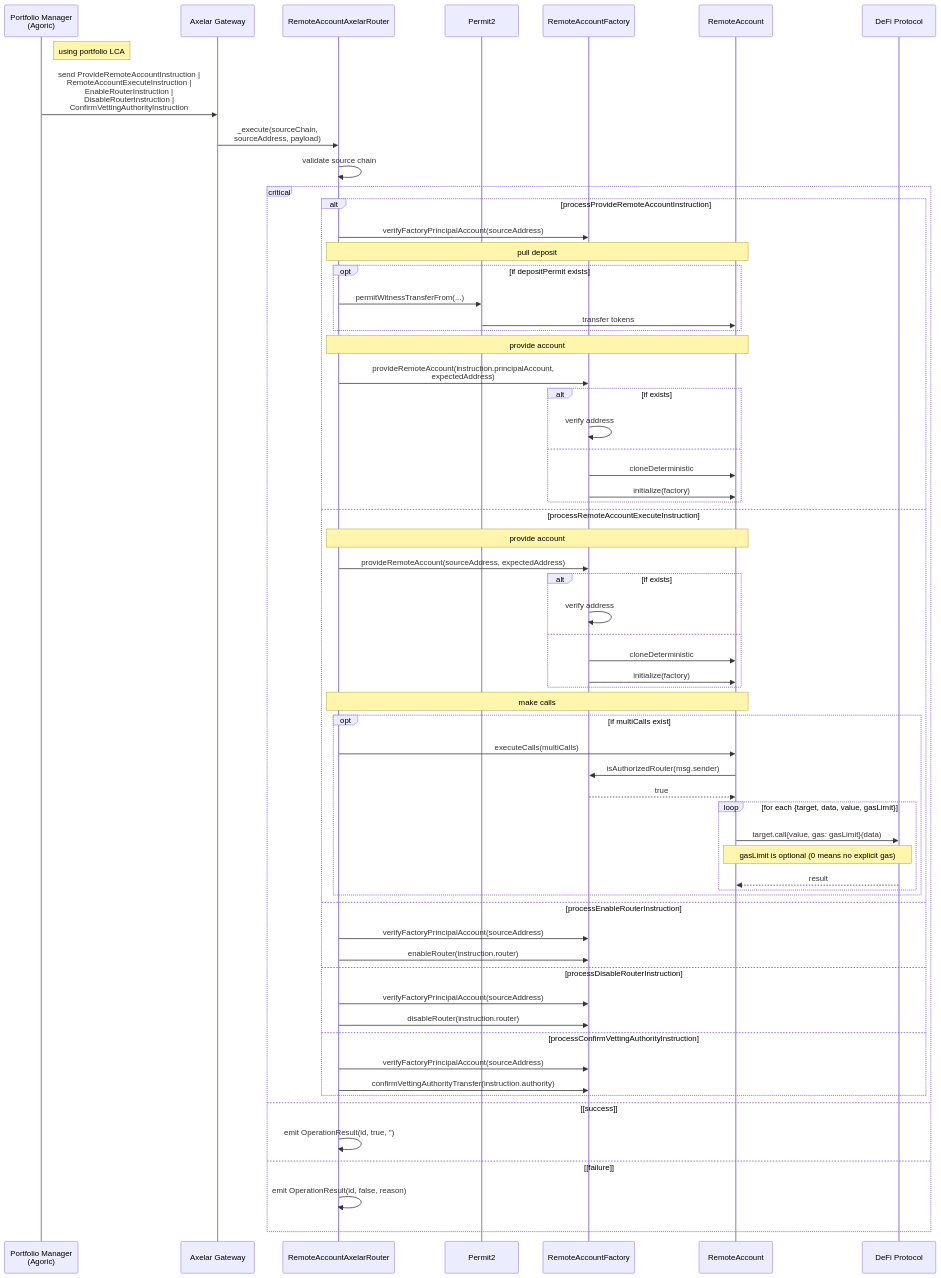
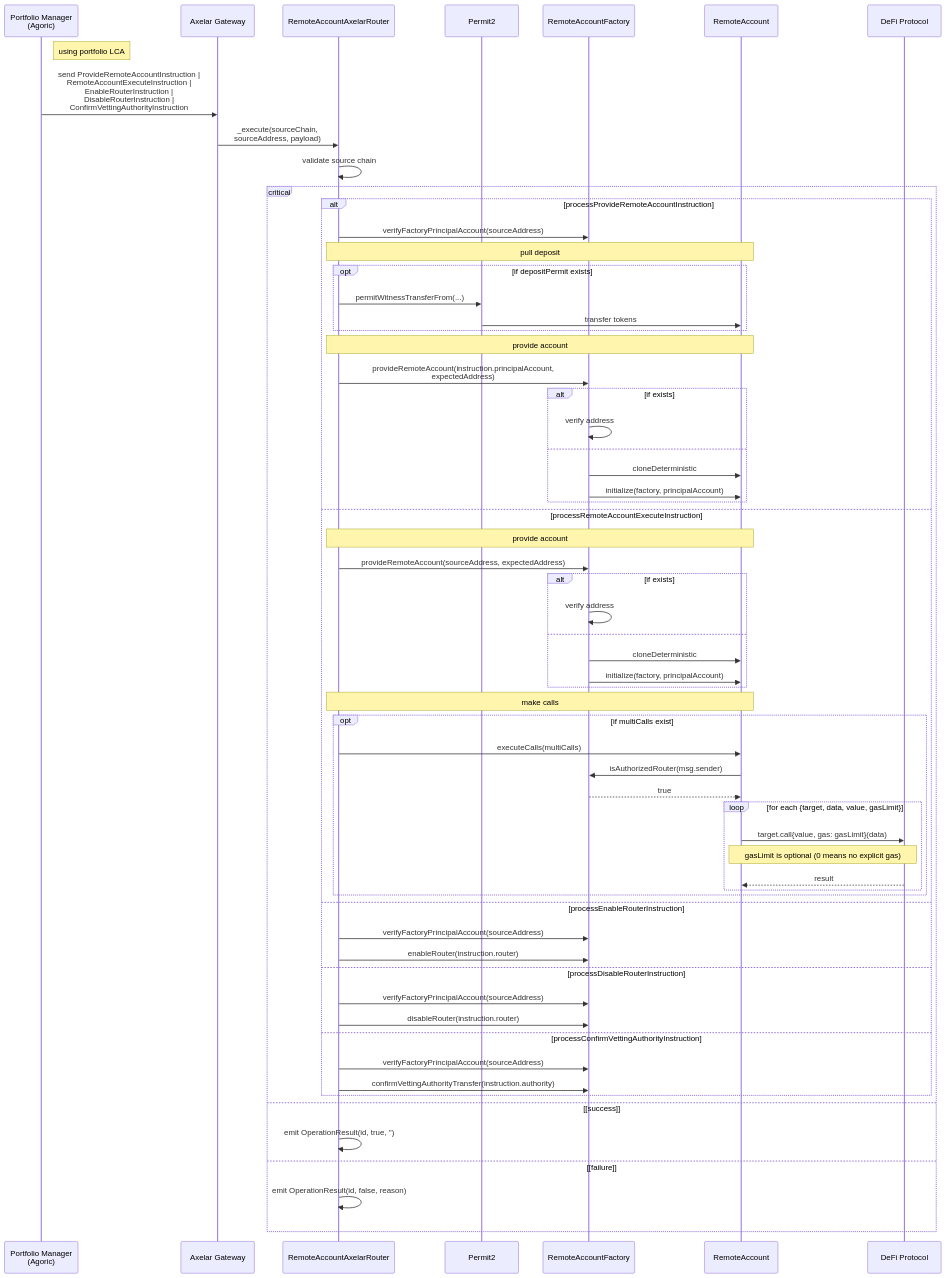
One commit to agoric-labs/agoric-to-axelar-local changed the eighth of 10 diagrams in packages/axelar-local-dev-cosmos/src/contracts/design.md. Above: the diagram before and after it, drawn with Mermaid. The commit also changed other lines of this file, not shown here.

Commit message:
chore: fix design doc — update initialize signature and factory constructor diagram

````diff
--- a/packages/axelar-local-dev-cosmos/src/contracts/design.md
+++ b/packages/axelar-local-dev-cosmos/src/contracts/design.md
@@ -519,71 +519,71 @@
 ```mermaid
 sequenceDiagram
     participant PM as Portfolio Manager<br/>(Agoric)
     participant AXL as Axelar Gateway
     participant PR as RemoteAccountAxelarRouter
     participant P2 as Permit2
     participant RAF as RemoteAccountFactory
     participant RA as RemoteAccount
     participant DEFI as DeFi Protocol
 
     Note right of PM: using portfolio LCA
     PM->>AXL: send ProvideRemoteAccountInstruction |<br>RemoteAccountExecuteInstruction |<br>EnableRouterInstruction |<br>DisableRouterInstruction |<br>ConfirmVettingAuthorityInstruction
     AXL->>PR: _execute(sourceChain,<br>sourceAddress, payload)
 
     PR->>PR: validate source chain
 
     critical
         alt processProvideRemoteAccountInstruction
             PR->>RAF: verifyFactoryPrincipalAccount(sourceAddress)
 
             Note over PR,RA: pull deposit
             opt if depositPermit exists
                 PR->>P2: permitWitnessTransferFrom(...)
                 P2->>RA: transfer tokens
             end
 
             Note over PR,RA: provide account
             PR->>RAF: provideRemoteAccount(instruction.principalAccount,<br> expectedAddress)
             alt if exists
                 RAF->>RAF: verify address
             else
                 RAF->>RA: cloneDeterministic
-                RAF->>RA: initialize(factory)
+                RAF->>RA: initialize(factory, principalAccount)
             end
         else processRemoteAccountExecuteInstruction
             Note over PR,RA: provide account
             PR->>RAF: provideRemoteAccount(sourceAddress, expectedAddress)
             alt if exists
                 RAF->>RAF: verify address
             else
                 RAF->>RA: cloneDeterministic
-                RAF->>RA: initialize(factory)
+                RAF->>RA: initialize(factory, principalAccount)
             end
 
             Note over PR,RA: make calls
             opt if multiCalls exist
                 PR->>RA: executeCalls(multiCalls)
                 RA->>RAF: isAuthorizedRouter(msg.sender)
                 RAF-->>RA: true
                 loop for each {target, data, value, gasLimit}
                     RA->>DEFI: target.call{value, gas: gasLimit}(data)
                     Note over RA,DEFI: gasLimit is optional (0 means no explicit gas)
                     DEFI-->>RA: result
                 end
             end
         else processEnableRouterInstruction
             PR->>RAF: verifyFactoryPrincipalAccount(sourceAddress)
             PR->>RAF: enableRouter(instruction.router)
         else processDisableRouterInstruction
             PR->>RAF: verifyFactoryPrincipalAccount(sourceAddress)
             PR->>RAF: disableRouter(instruction.router)
         else processConfirmVettingAuthorityInstruction
             PR->>RAF: verifyFactoryPrincipalAccount(sourceAddress)
             PR->>RAF: confirmVettingAuthorityTransfer(instruction.authority)
         end
     option [success]
         PR->>PR: emit OperationResult(id, true, '')
     option [failure]
         PR->>PR: emit OperationResult(id, false, reason)
     end
 ```
````
